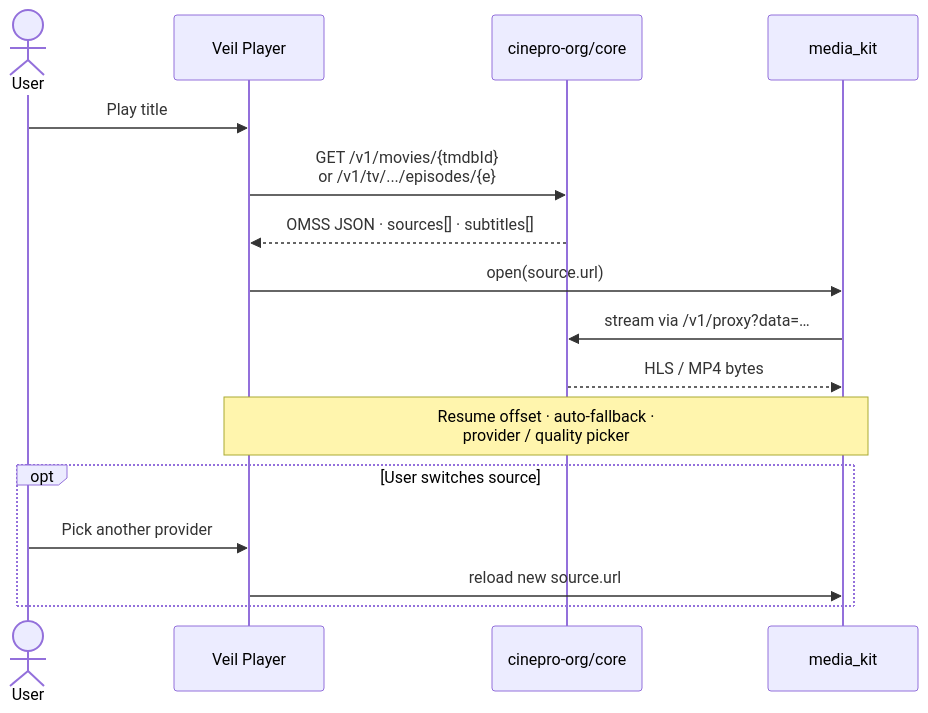
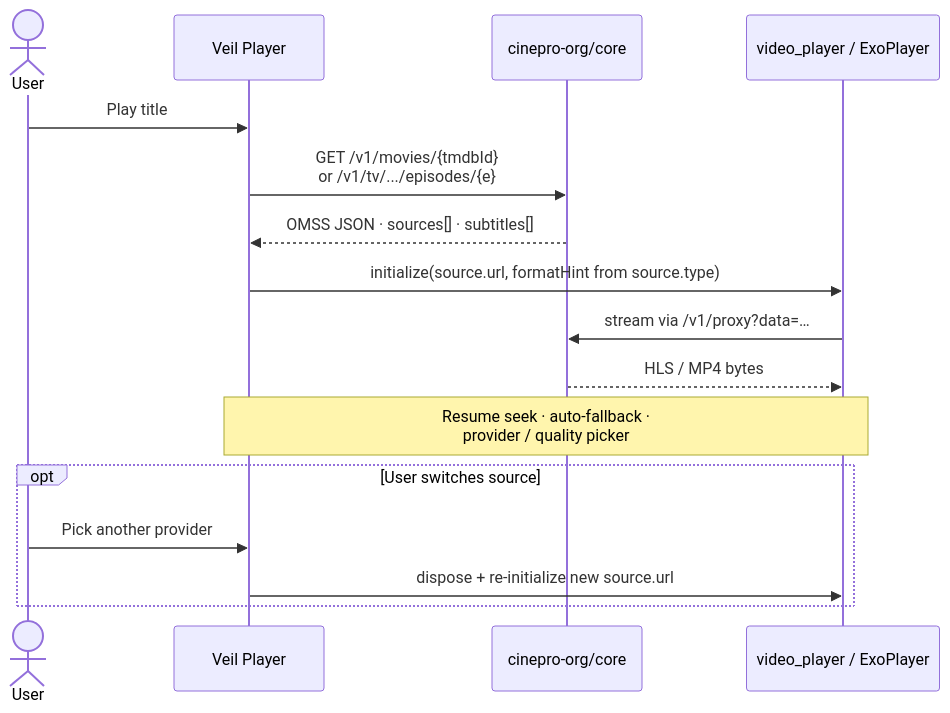
Before and after one commit to dikshadamahe/veil-android: the second of 2 diagrams in README.md, drawn with Mermaid. The commit also changed other lines of this file and 1 other file, not shown here.

Commit message:
docs: correct README playback stack to video_player (ExoPlayer)

````diff
--- a/README.md
+++ b/README.md
@@ -78,20 +78,20 @@
 ```mermaid
 sequenceDiagram
   actor User
   participant App as Veil Player
   participant Core as cinepro-org/core
-  participant MPV as media_kit
+  participant Exo as video_player / ExoPlayer
 
   User->>App: Play title
   App->>Core: GET /v1/movies/{tmdbId}<br/>or /v1/tv/.../episodes/{e}
   Core-->>App: OMSS JSON · sources[] · subtitles[]
-  App->>MPV: open(source.url)
-  MPV->>Core: stream via /v1/proxy?data=…
-  Core-->>MPV: HLS / MP4 bytes
-  Note over App,MPV: Resume offset · auto-fallback ·<br/>provider / quality picker
+  App->>Exo: initialize(source.url, formatHint from source.type)
+  Exo->>Core: stream via /v1/proxy?data=…
+  Core-->>Exo: HLS / MP4 bytes
+  Note over App,Exo: Resume seek · auto-fallback ·<br/>provider / quality picker
 
   opt User switches source
     User->>App: Pick another provider
-    App->>MPV: reload new source.url
+    App->>Exo: dispose + re-initialize new source.url
   end
 ```
````
